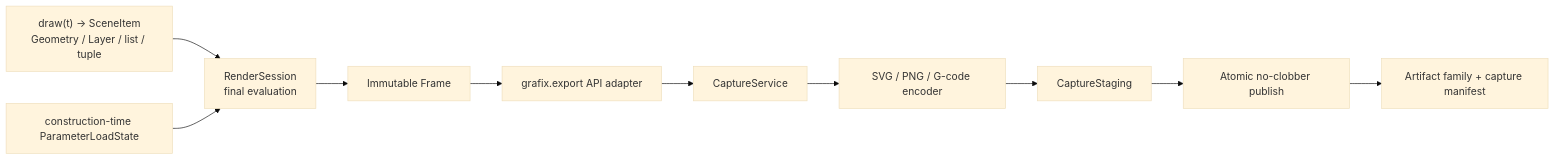
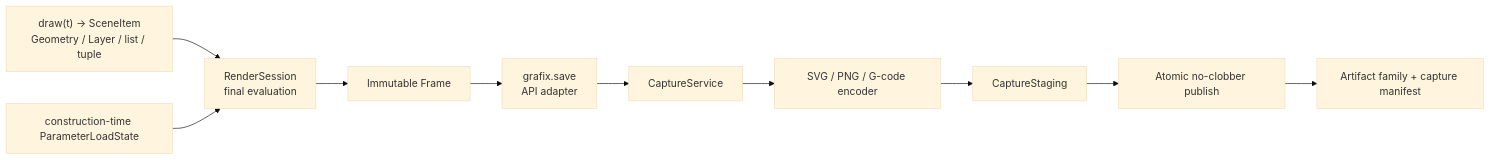
Before and after one commit to tyhts0829/graft: diagram 20 of 25 in docs/architecture_visualization.md, drawn with Mermaid (base theme). The commit also changed other lines of this file and 135 other files, not shown here.

````diff
--- a/docs/architecture_visualization.md
+++ b/docs/architecture_visualization.md
@@ -517,18 +589,18 @@
 ```mermaid
 flowchart LR
     draw["draw(t) -> SceneItem<br/>Geometry / Layer / list / tuple"]
     render["RenderSession<br/>final evaluation"]
     load["construction-time ParameterLoadState"]
     frame["Immutable Frame"]
-    adapter["grafix.export API adapter"]
+    adapter["grafix.save<br/>API adapter"]
     service["CaptureService"]
     encoder["SVG / PNG / G-code encoder"]
     staging["CaptureStaging"]
     publish["Atomic no-clobber publish"]
     files["Artifact family + capture manifest"]
 
     draw --> render --> frame
     load --> render
     frame --> adapter --> service
     service --> encoder --> staging --> publish --> files
 ```
````
